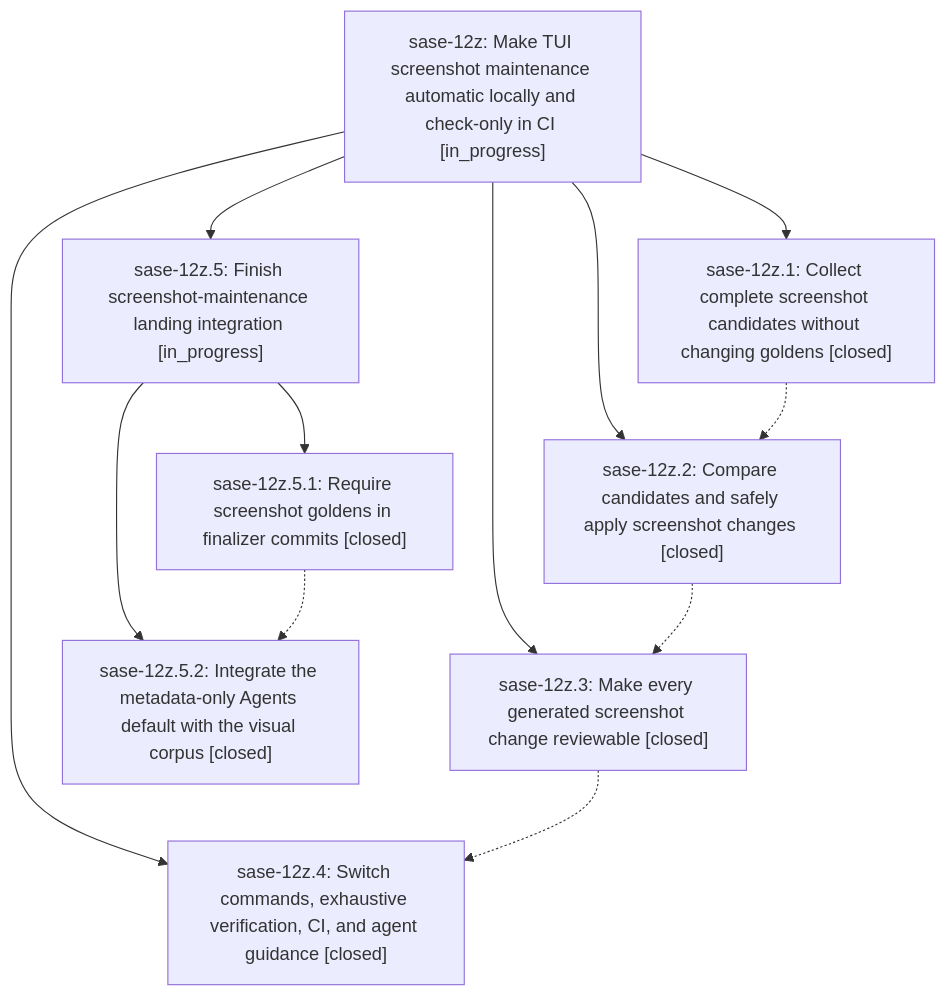
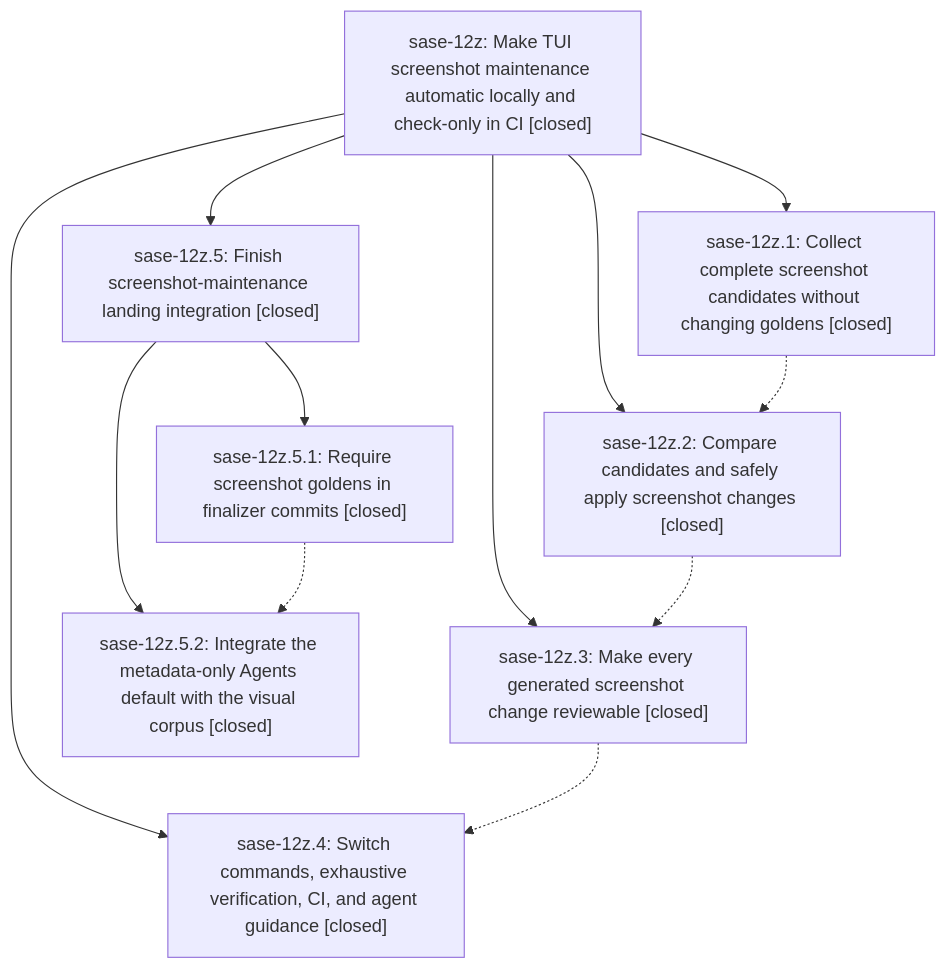
Before and after one commit to sase-org/sase--beads: the diagram in pages/sase-12z/README.md, drawn with Mermaid. The commit also changed other lines of this file and 1 other file, not shown here.

First line of the commit message:
chore(beads): sync bead state and pages for sase-12z

````diff
--- a/pages/sase-12z/README.md
+++ b/pages/sase-12z/README.md
@@ -43,22 +104,22 @@
 ```mermaid
 flowchart TD
-    n0["sase-12z: Make TUI screenshot maintenance automatic locally and check-only in CI [in_progress]"]
+    n0["sase-12z: Make TUI screenshot maintenance automatic locally and check-only in CI [closed]"]
     n1["sase-12z.1: Collect complete screenshot candidates without changing goldens [closed]"]
     n2["sase-12z.2: Compare candidates and safely apply screenshot changes [closed]"]
     n3["sase-12z.3: Make every generated screenshot change reviewable [closed]"]
     n4["sase-12z.4: Switch commands, exhaustive verification, CI, and agent guidance [closed]"]
-    n5["sase-12z.5: Finish screenshot-maintenance landing integration [in_progress]"]
+    n5["sase-12z.5: Finish screenshot-maintenance landing integration [closed]"]
     n6["sase-12z.5.1: Require screenshot goldens in finalizer commits [closed]"]
     n7["sase-12z.5.2: Integrate the metadata-only Agents default with the visual corpus [closed]"]
     n0 --> n1
     n0 --> n2
     n0 --> n3
     n0 --> n4
     n0 --> n5
     n5 --> n6
     n5 --> n7
     n1 -.-> n2
     n2 -.-> n3
     n3 -.-> n4
     n6 -.-> n7
 ```
````
